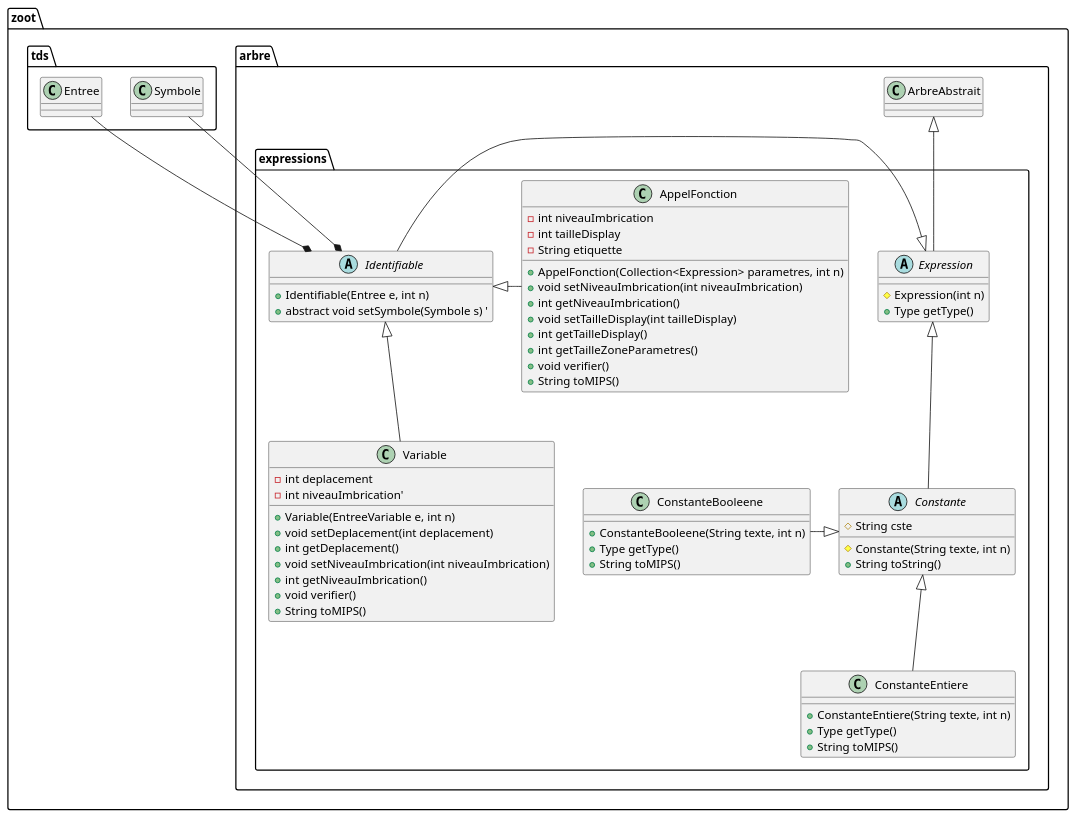
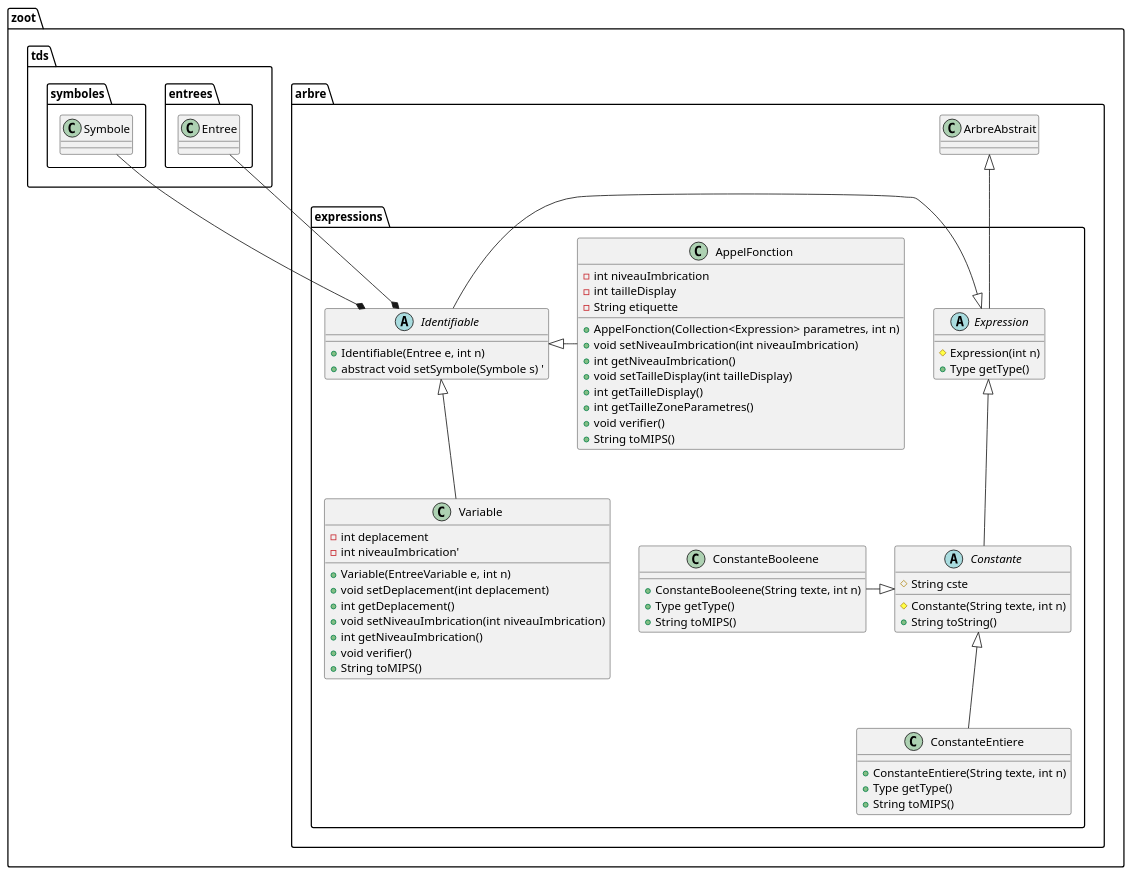
The diagram in diagrammes/classe/expressions.puml (lmtb06/zoot), drawn with PlantUML before and after one commit. The commit also changed 9 other files, not shown here.

```diff
--- a/diagrammes/classe/expressions.puml
+++ b/diagrammes/classe/expressions.puml
@@ -1,70 +1,70 @@
 @startuml "Package expressions"
 namespace zoot.arbre.expressions {
     ' Includes
     ' Classes
     abstract class Expression {
         # Expression(int n)
         + Type getType()
     }
 
     abstract class Constante {
         # String cste
         # Constante(String texte, int n)
         + String toString()
     }
 
     class ConstanteEntiere {
         + ConstanteEntiere(String texte, int n)
         + Type getType()
         + String toMIPS()
     }
 
     class ConstanteBooleene {
         + ConstanteBooleene(String texte, int n)
         + Type getType()
         + String toMIPS()
 
     }
 
     abstract class Identifiable {
         + Identifiable(Entree e, int n)
         + abstract void setSymbole(Symbole s) '
     }
 
     class Variable {
         - int deplacement
         - int niveauImbrication'
         + Variable(EntreeVariable e, int n)
         + void setDeplacement(int deplacement)
         + int getDeplacement()
         + void setNiveauImbrication(int niveauImbrication)
         + int getNiveauImbrication()
         + void verifier()
         + String toMIPS()
     }
 
     class AppelFonction {
         - int niveauImbrication
         - int tailleDisplay
         - String etiquette
         + AppelFonction(Collection<Expression> parametres, int n)
         + void setNiveauImbrication(int niveauImbrication)
         + int getNiveauImbrication()
         + void setTailleDisplay(int tailleDisplay)
         + int getTailleDisplay()
         + int getTailleZoneParametres()
         + void verifier()
         + String toMIPS()
     }
     ' Relations entre les classes
     Expression -up-|> zoot.arbre.ArbreAbstrait
     Constante -up-|> Expression
     ConstanteEntiere -up-|> Constante
     ConstanteBooleene -right-|> Constante
-    Identifiable *-up- zoot.tds.Entree
-    Identifiable *-up- zoot.tds.Symbole
+    Identifiable *-up- zoot.tds.entrees.Entree
+    Identifiable *-up- zoot.tds.symboles.Symbole
     Identifiable -left-|> Expression
     Variable -up-|> Identifiable
     AppelFonction -left-|> Identifiable
 }
 @enduml
```
